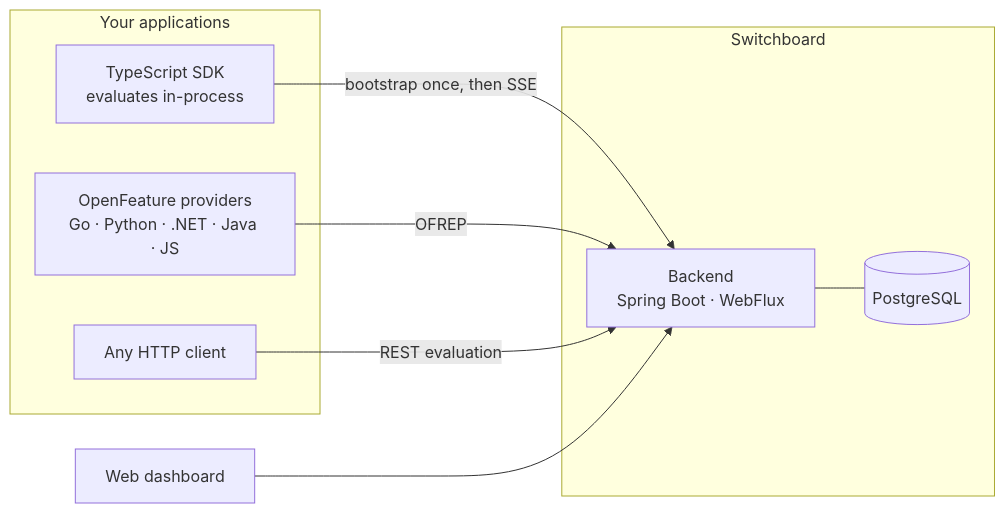
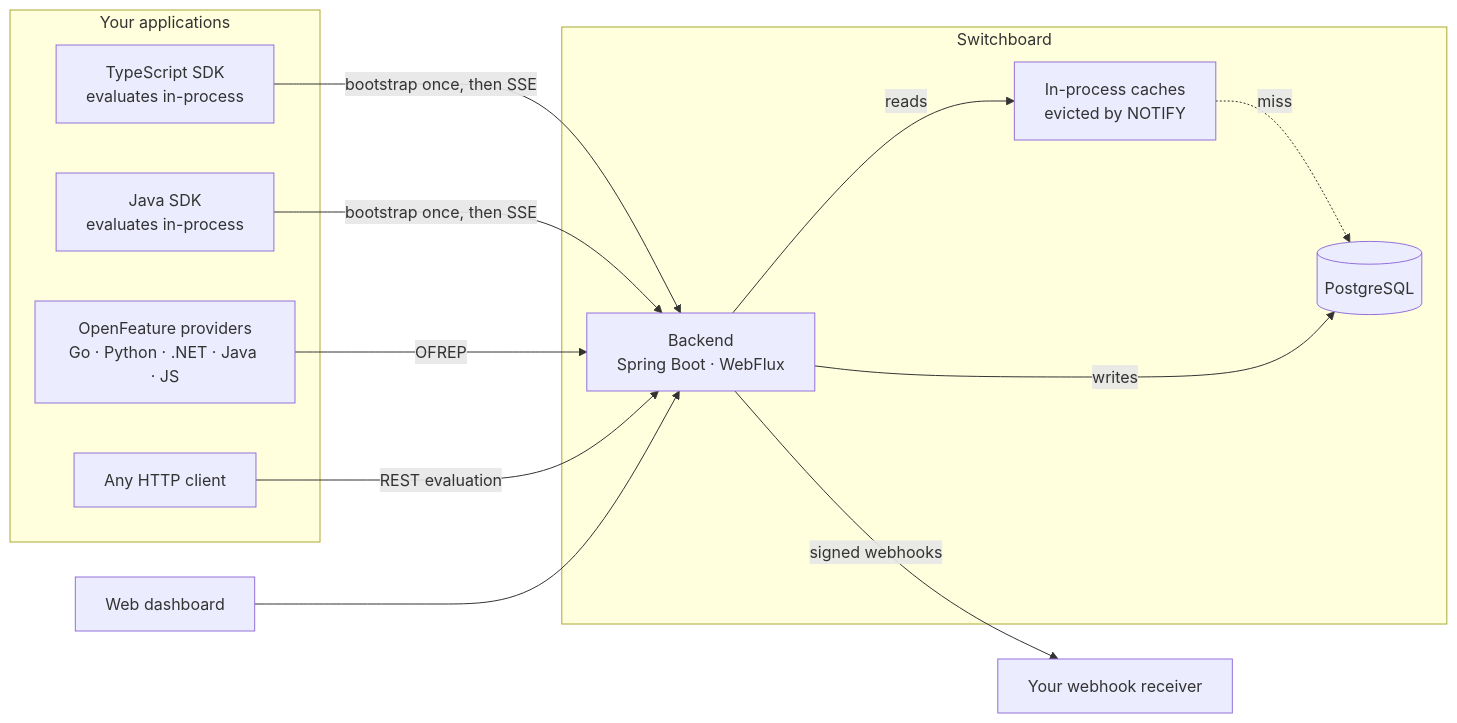
Before and after one commit to bryjshed/switchboard: the diagram in README.md, drawn with Mermaid. The commit also changed other lines of this file and 92 other files, not shown here.

First line of the commit message:
Load/perf measurement, a shared evaluation core, a Java SDK, signed webhooks, list caching, audit export (#3)

````diff
--- a/README.md
+++ b/README.md
@@ -13,21 +13,28 @@
 ```mermaid
 flowchart LR
     subgraph apps["Your applications"]
         sdk["TypeScript SDK<br/>evaluates in-process"]
+        jsdk["Java SDK<br/>evaluates in-process"]
         ofrep["OpenFeature providers<br/>Go · Python · .NET · Java · JS"]
         http["Any HTTP client"]
     end
 
     subgraph sb["Switchboard"]
         be["Backend<br/>Spring Boot · WebFlux"]
+        cache["In-process caches<br/>evicted by NOTIFY"]
         db[("PostgreSQL")]
     end
 
     dash["Web dashboard"]
+    hook["Your webhook receiver"]
 
     sdk -->|"bootstrap once, then SSE"| be
+    jsdk -->|"bootstrap once, then SSE"| be
     ofrep -->|"OFREP"| be
     http -->|"REST evaluation"| be
     dash --> be
-    be --- db
+    be -->|"reads"| cache
+    cache -.->|"miss"| db
+    be -->|"writes"| db
+    be -->|"signed webhooks"| hook
 ```
````
